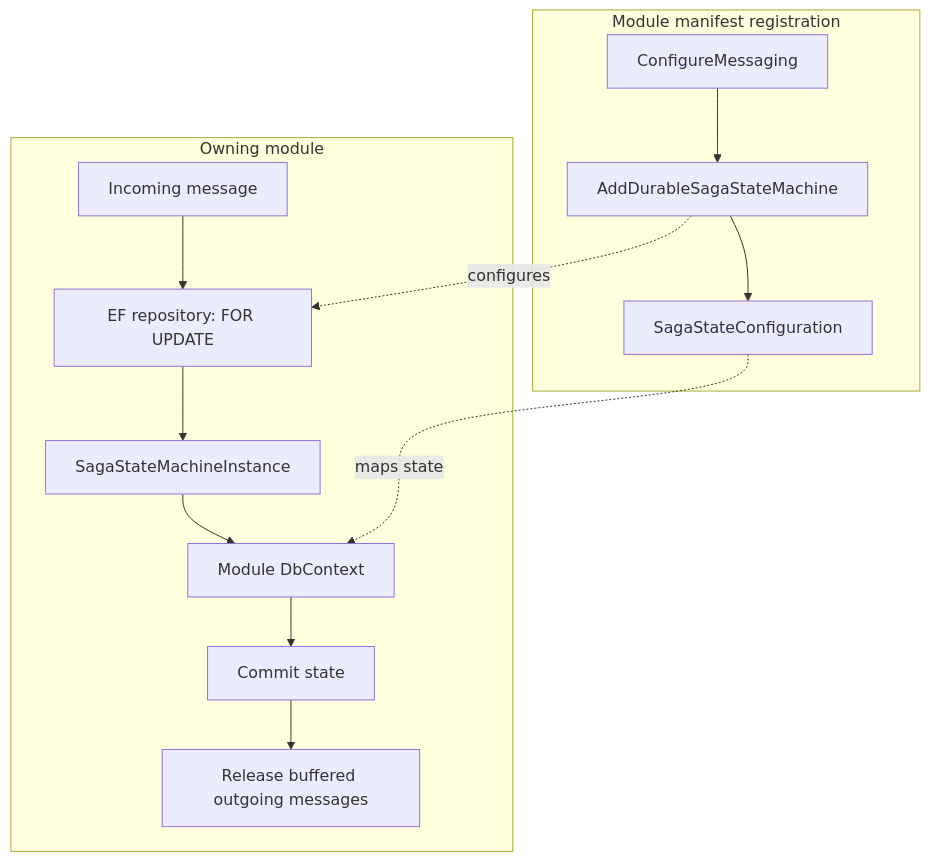
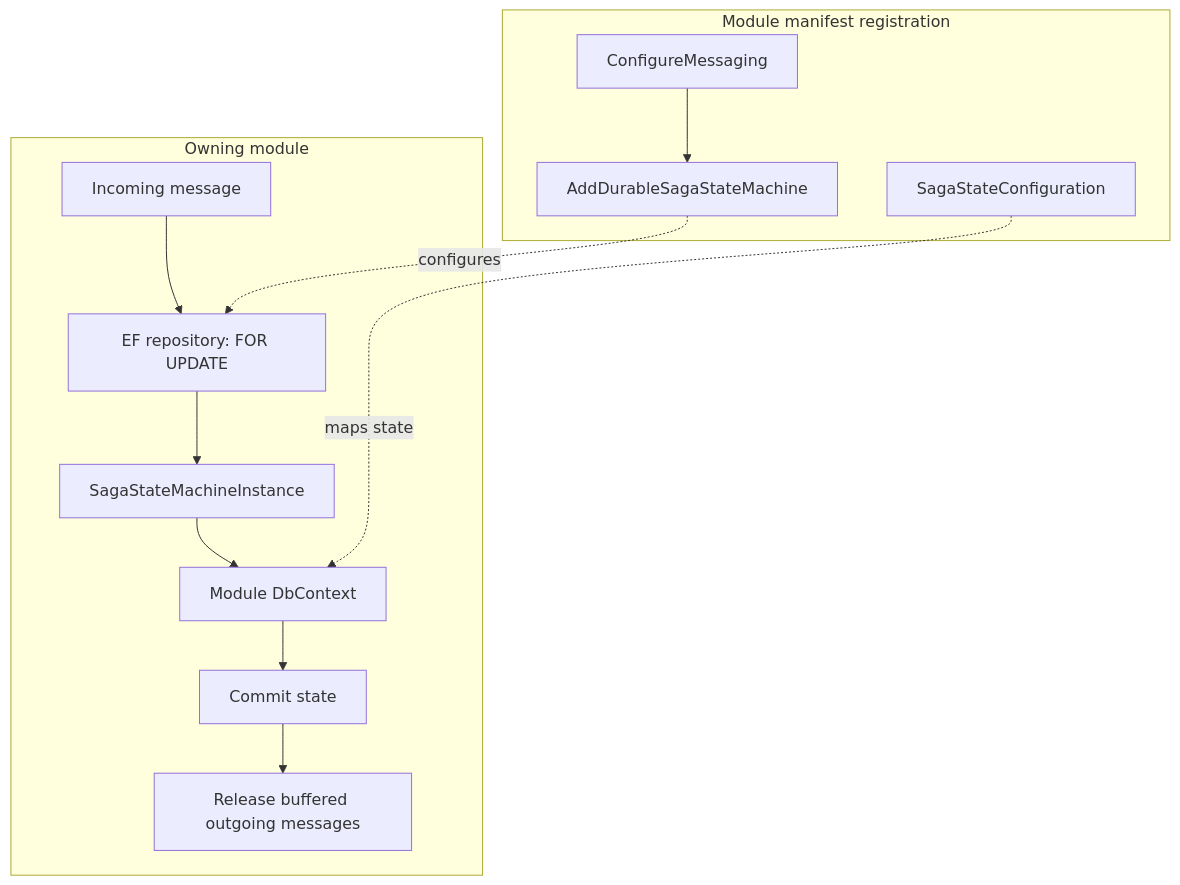
Before and after one commit to mhasabalah/StarterKit: the fifth of 5 diagrams in wiki/Architecture/Messaging.md, drawn with Mermaid. The commit also changed other lines of this file and 7 other files, not shown here.

````diff
--- a/wiki/Architecture/Messaging.md
+++ b/wiki/Architecture/Messaging.md
@@ -340,16 +155,16 @@
 ```mermaid
 flowchart TB
   subgraph Registration[Module manifest registration]
     M[ConfigureMessaging] --> A[AddDurableSagaStateMachine]
-    A --> C[SagaStateConfiguration]
+    C[SagaStateConfiguration]
   end
   subgraph Runtime[Owning module]
     T[Incoming message] --> L[EF repository: FOR UPDATE]
     L --> S[SagaStateMachineInstance]
     S --> D[Module DbContext]
     D --> O[Commit state]
     O --> P[Release buffered outgoing messages]
   end
   A -. configures .-> L
   C -. maps state .-> D
 ```
````
